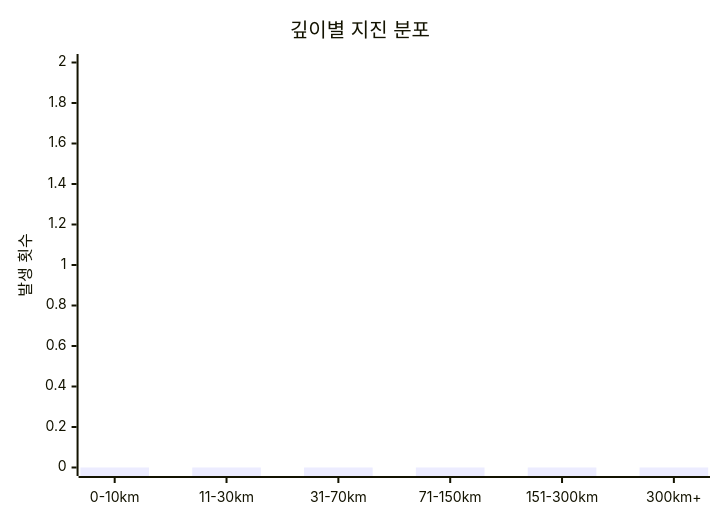
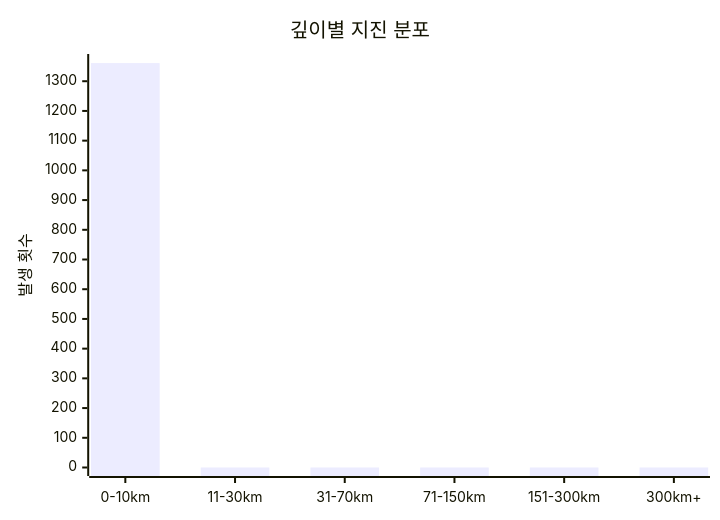
The diagram in charts/depth-chart.md (serendip811/japan-eq), drawn with Mermaid before and after one commit. The commit also changed other lines of this file and 4 other files, not shown here.

Commit message:
Update earthquake data and charts Fri Jul  4 06:13:18 UTC 2025

````diff
--- a/charts/depth-chart.md
+++ b/charts/depth-chart.md
@@ -3,7 +3,7 @@
 ```mermaid
 xychart-beta
     title "깊이별 지진 분포"
     x-axis ["0-10km", "11-30km", "31-70km", "71-150km", "151-300km", "300km+"]
-    y-axis "발생 횟수" 0 --> 2
-    bar [0, 0, 0, 0, 0, 0]
+    y-axis "발생 횟수" 0 --> 1363
+    bar [1361, 0, 0, 0, 0, 0]
 ```
````
